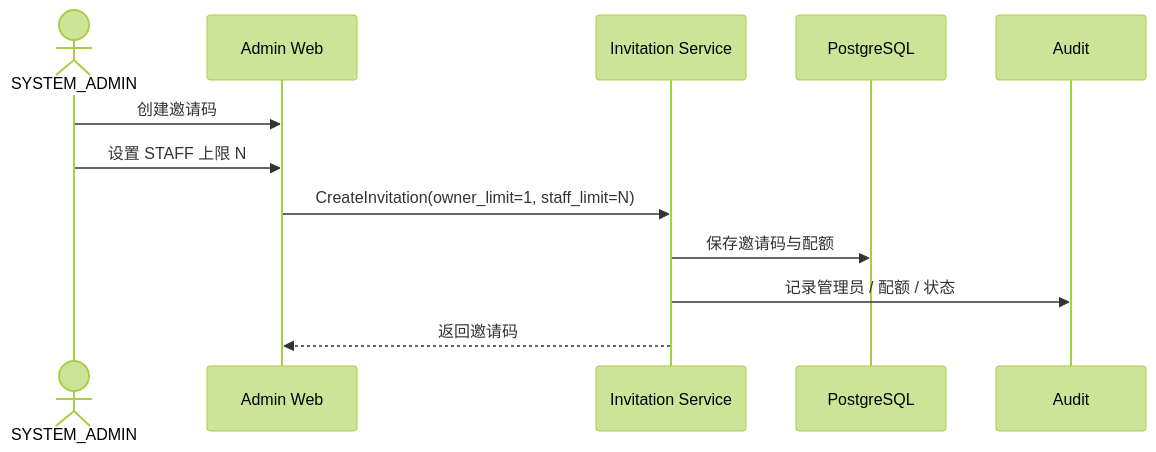
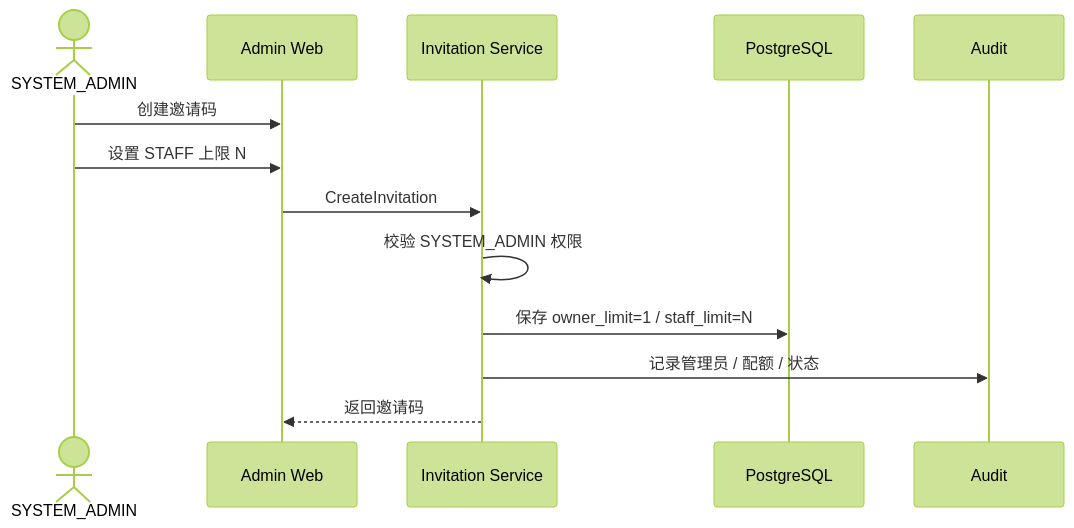
One commit to sxyq/mastergoods changed the second of 5 diagrams in docs/system-design/01-账户与身份/01-注册与邀请码.md. Above: the diagram before and after it, drawn with Mermaid (forest theme). The commit also changed other lines of this file and 4 other files, not shown here.

````diff
--- a/docs/system-design/01-账户与身份/01-注册与邀请码.md
+++ b/docs/system-design/01-账户与身份/01-注册与邀请码.md
@@ -17,15 +33,16 @@
 ```mermaid
 sequenceDiagram
     actor SA as SYSTEM_ADMIN
     participant WEB as Admin Web
     participant INV as Invitation Service
     participant DB as PostgreSQL
     participant AUDIT as Audit
 
     SA->>WEB: 创建邀请码
     SA->>WEB: 设置 STAFF 上限 N
-    WEB->>INV: CreateInvitation(owner_limit=1, staff_limit=N)
-    INV->>DB: 保存邀请码与配额
+    WEB->>INV: CreateInvitation
+    INV->>INV: 校验 SYSTEM_ADMIN 权限
+    INV->>DB: 保存 owner_limit=1 / staff_limit=N
     INV->>AUDIT: 记录管理员 / 配额 / 状态
     INV-->>WEB: 返回邀请码
 ```
````
